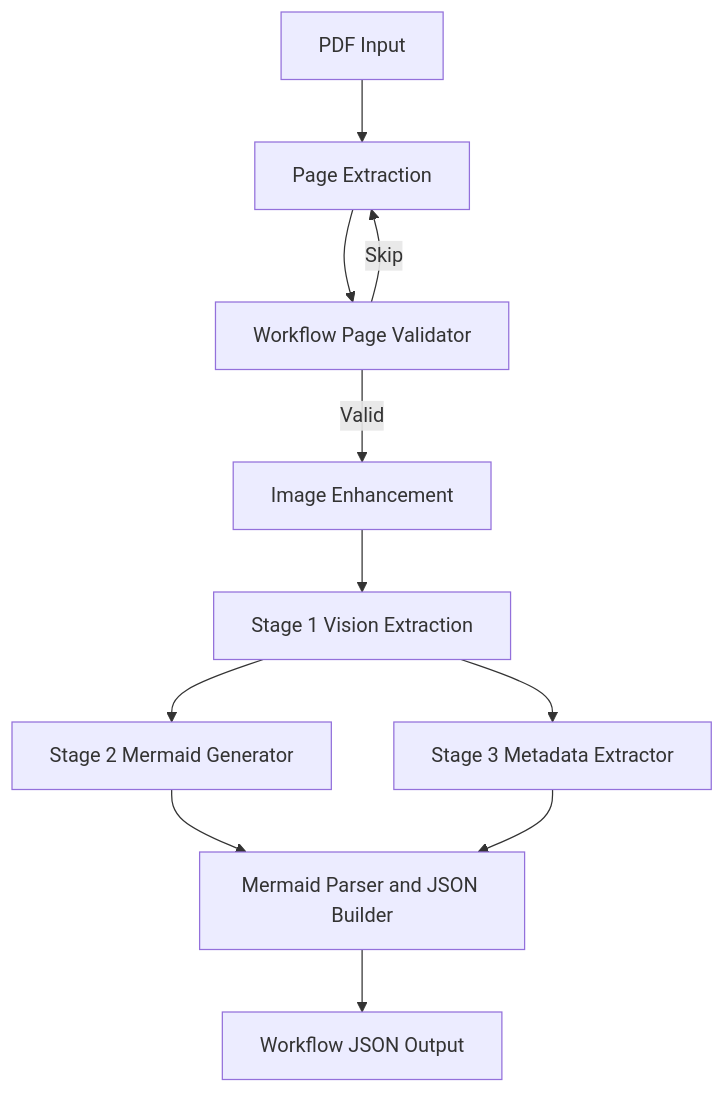
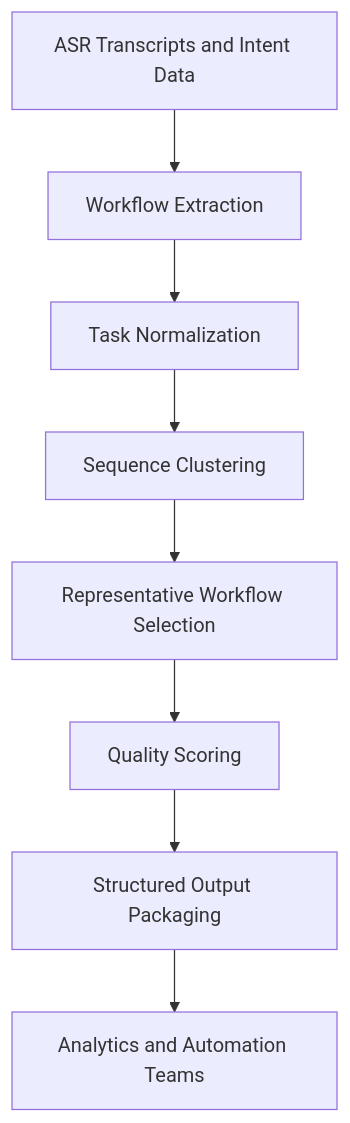
Before and after one commit to sagar-mokashi/cxone-reasearch-ppt-generation: the diagram in output/architecture_system.mmd, drawn with Mermaid. The commit also changed 24 other files, not shown here.

```diff
--- a/output/architecture_system.mmd
+++ b/output/architecture_system.mmd
@@ -1,21 +1,8 @@
 graph TD
-    A[PDF Input]
-    B[Page Extraction]
-    C[Workflow Page Validator]
-    D[Image Enhancement]
-    E[Stage 1 Vision Extraction]
-    F[Stage 2 Mermaid Generator]
-    G[Stage 3 Metadata Extractor]
-    H[Mermaid Parser and JSON Builder]
-    I[Workflow JSON Output]
-
-    A --> B
-    B --> C
-    C -->|Valid| D
-    C -->|Skip| B
-    D --> E
-    E --> F
-    E --> G
-    F --> H
-    G --> H
-    H --> I
+  A[ASR Transcripts and Intent Data] --> B[Workflow Extraction]
+  B --> C[Task Normalization]
+  C --> D[Sequence Clustering]
+  D --> E[Representative Workflow Selection]
+  E --> F[Quality Scoring]
+  F --> G[Structured Output Packaging]
+  G --> H[Analytics and Automation Teams]
```
